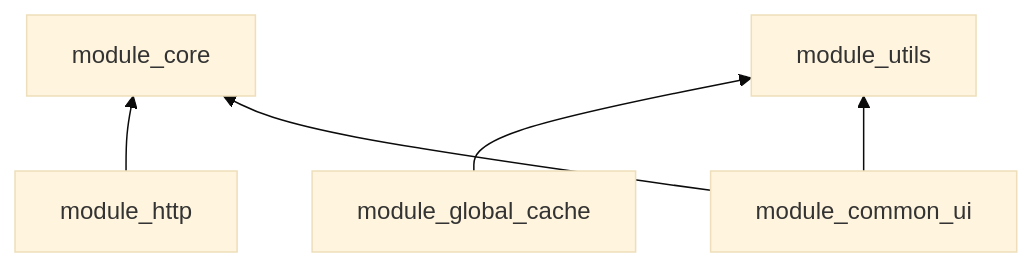
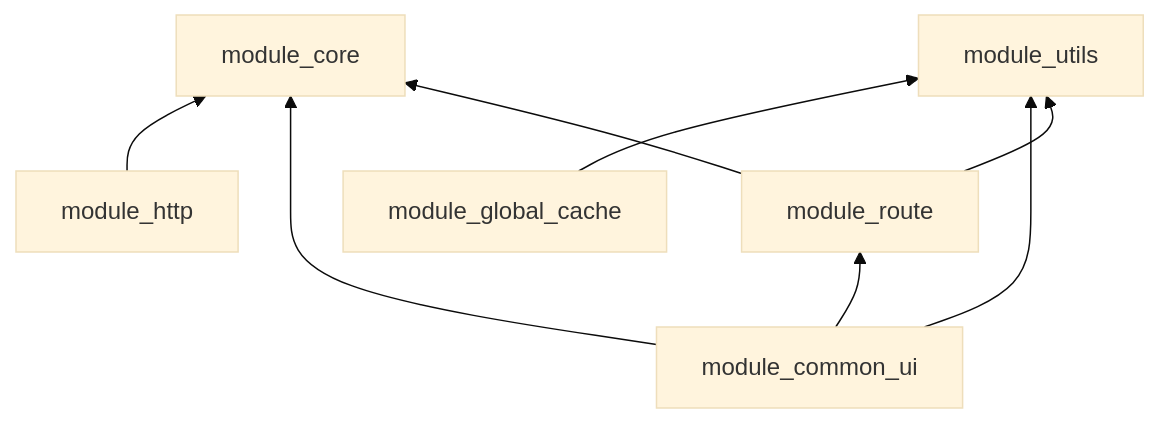
The second of 4 diagrams in docs/architecture.md (stvenfor/my_ai_project), drawn with Mermaid (base theme) before and after one commit. The commit also changed other lines of this file and 293 other files, not shown here.

````diff
--- a/docs/architecture.md
+++ b/docs/architecture.md
@@ -57,13 +55,17 @@
 ```mermaid
 graph BT
     core[module_core]
     utils[module_utils]
     http[module_http]
     cache[module_global_cache]
     ui[module_common_ui]
+    route[module_route]
 
     http --> core
     cache --> utils
     ui --> core
     ui --> utils
+    ui --> route
+    route --> core
+    route --> utils
 ```
````
